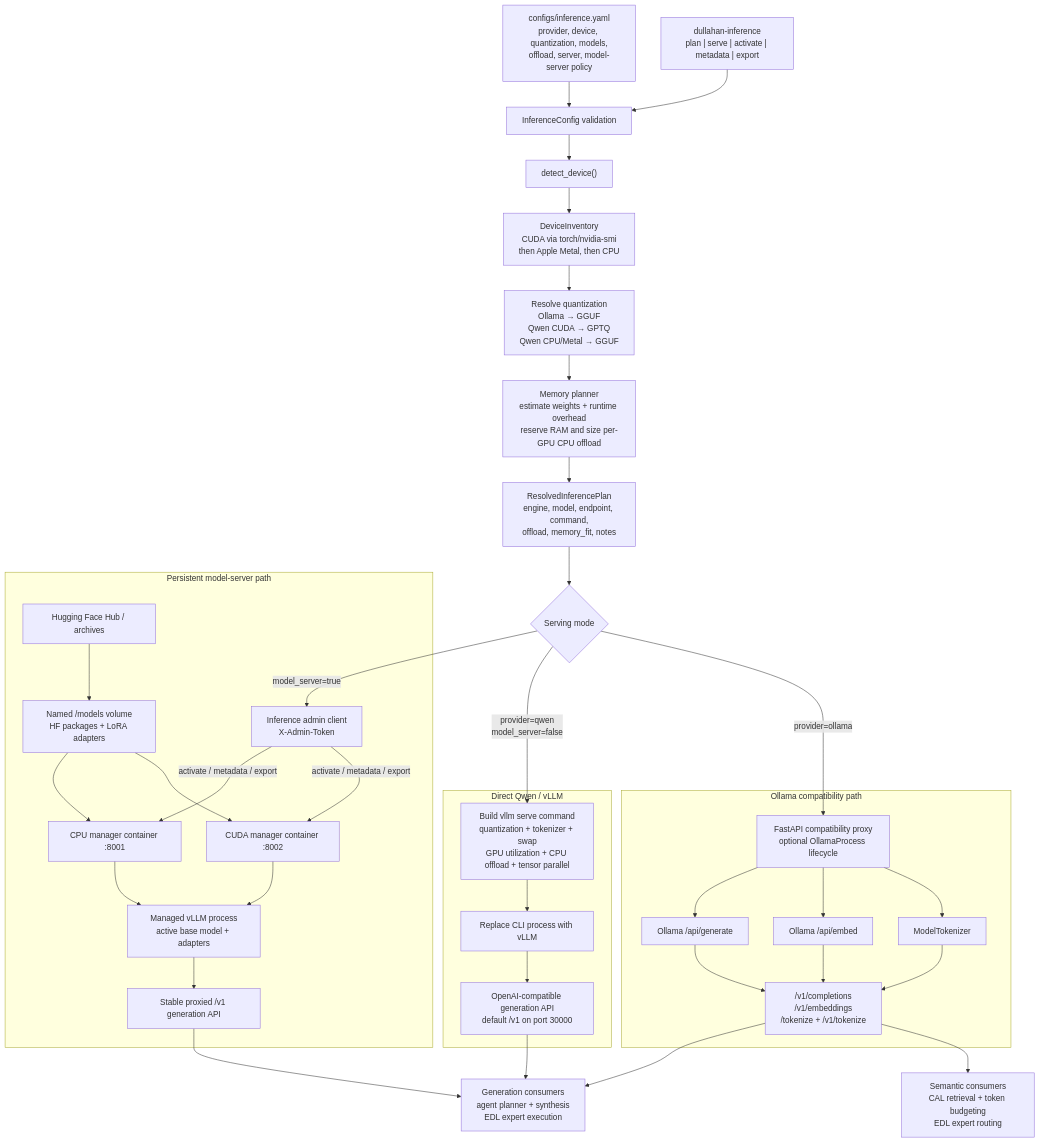
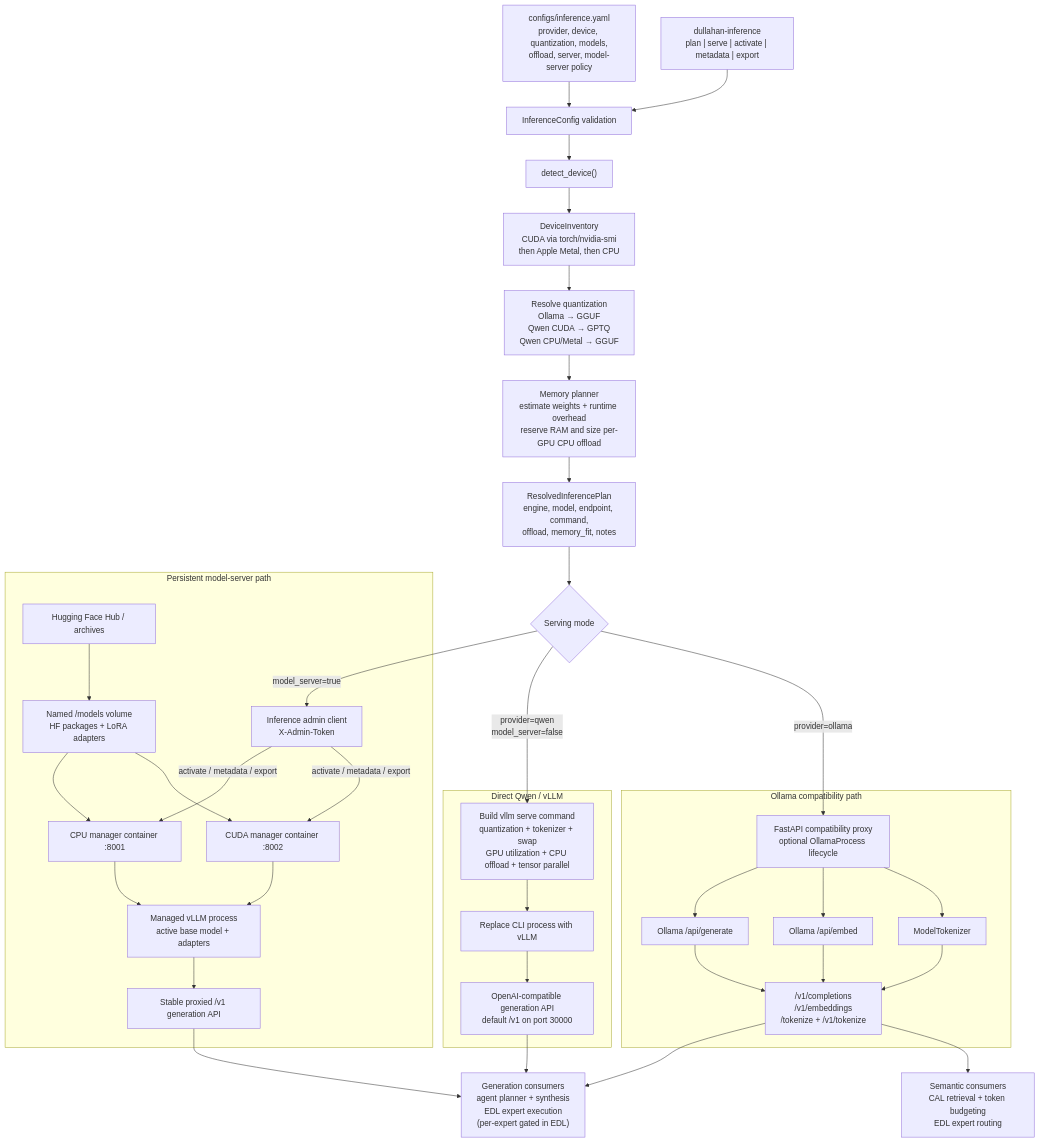
One commit to ForestDweller014/Dullahan changed the third of 4 diagrams in README.md. Above: the diagram before and after it, drawn with Mermaid. The commit also changed other lines of this file and 2 other files, not shown here.

First line of the commit message:
feat: Enforce expert concurrency limits

````diff
--- a/README.md
+++ b/README.md
@@ -133,61 +138,61 @@
 ```mermaid
 flowchart TB
     Config["configs/inference.yaml<br/>provider, device, quantization, models,<br/>offload, server, model-server policy"] --> Load["InferenceConfig validation"]
     Command["dullahan-inference<br/>plan | serve | activate | metadata | export"] --> Load
     Load --> Detect["detect_device()"]
     Detect --> Inventory["DeviceInventory<br/>CUDA via torch/nvidia-smi<br/>then Apple Metal, then CPU"]
     Inventory --> Quantize["Resolve quantization<br/>Ollama → GGUF<br/>Qwen CUDA → GPTQ<br/>Qwen CPU/Metal → GGUF"]
     Quantize --> Memory["Memory planner<br/>estimate weights + runtime overhead<br/>reserve RAM and size per-GPU CPU offload"]
     Memory --> Plan["ResolvedInferencePlan<br/>engine, model, endpoint, command,<br/>offload, memory_fit, notes"]
     Plan --> Fit{"Serving mode"}
 
     subgraph Direct["Direct Qwen / vLLM"]
         VllmCommand["Build vllm serve command<br/>quantization + tokenizer + swap<br/>GPU utilization + CPU offload + tensor parallel"]
         VllmProcess["Replace CLI process with vLLM"]
         VllmApi["OpenAI-compatible generation API<br/>default /v1 on port 30000"]
         VllmCommand --> VllmProcess --> VllmApi
     end
 
     subgraph OllamaPath["Ollama compatibility path"]
         OllamaApp["FastAPI compatibility proxy<br/>optional OllamaProcess lifecycle"]
         OllamaGenerate["Ollama /api/generate"]
         OllamaEmbed["Ollama /api/embed"]
         NativeTokenizer["ModelTokenizer"]
         OllamaApi["/v1/completions<br/>/v1/embeddings<br/>/tokenize + /v1/tokenize"]
         OllamaApp --> OllamaGenerate
         OllamaApp --> OllamaEmbed
         OllamaApp --> NativeTokenizer
         OllamaGenerate --> OllamaApi
         OllamaEmbed --> OllamaApi
         NativeTokenizer --> OllamaApi
     end
 
     subgraph Managed["Persistent model-server path"]
         AdminClient["Inference admin client<br/>X-Admin-Token"]
         CpuManager["CPU manager container :8001"]
         CudaManager["CUDA manager container :8002"]
         ModelStore["Named /models volume<br/>HF packages + LoRA adapters"]
         HfHub["Hugging Face Hub / archives"]
         ManagedVllm["Managed vLLM process<br/>active base model + adapters"]
         StableApi["Stable proxied /v1 generation API"]
         AdminClient -->|"activate / metadata / export"| CpuManager
         AdminClient -->|"activate / metadata / export"| CudaManager
         HfHub --> ModelStore
         ModelStore --> CpuManager
         ModelStore --> CudaManager
         CpuManager --> ManagedVllm
         CudaManager --> ManagedVllm
         ManagedVllm --> StableApi
     end
 
     Fit -->|"provider=qwen<br/>model_server=false"| VllmCommand
     Fit -->|"provider=ollama"| OllamaApp
     Fit -->|"model_server=true"| AdminClient
 
-    GenerationConsumers["Generation consumers<br/>agent planner + synthesis<br/>EDL expert execution"]
+    GenerationConsumers["Generation consumers<br/>agent planner + synthesis<br/>EDL expert execution<br/>(per-expert gated in EDL)"]
     SemanticConsumers["Semantic consumers<br/>CAL retrieval + token budgeting<br/>EDL expert routing"]
     VllmApi --> GenerationConsumers
     StableApi --> GenerationConsumers
     OllamaApi --> GenerationConsumers
     OllamaApi --> SemanticConsumers
 ```
````
